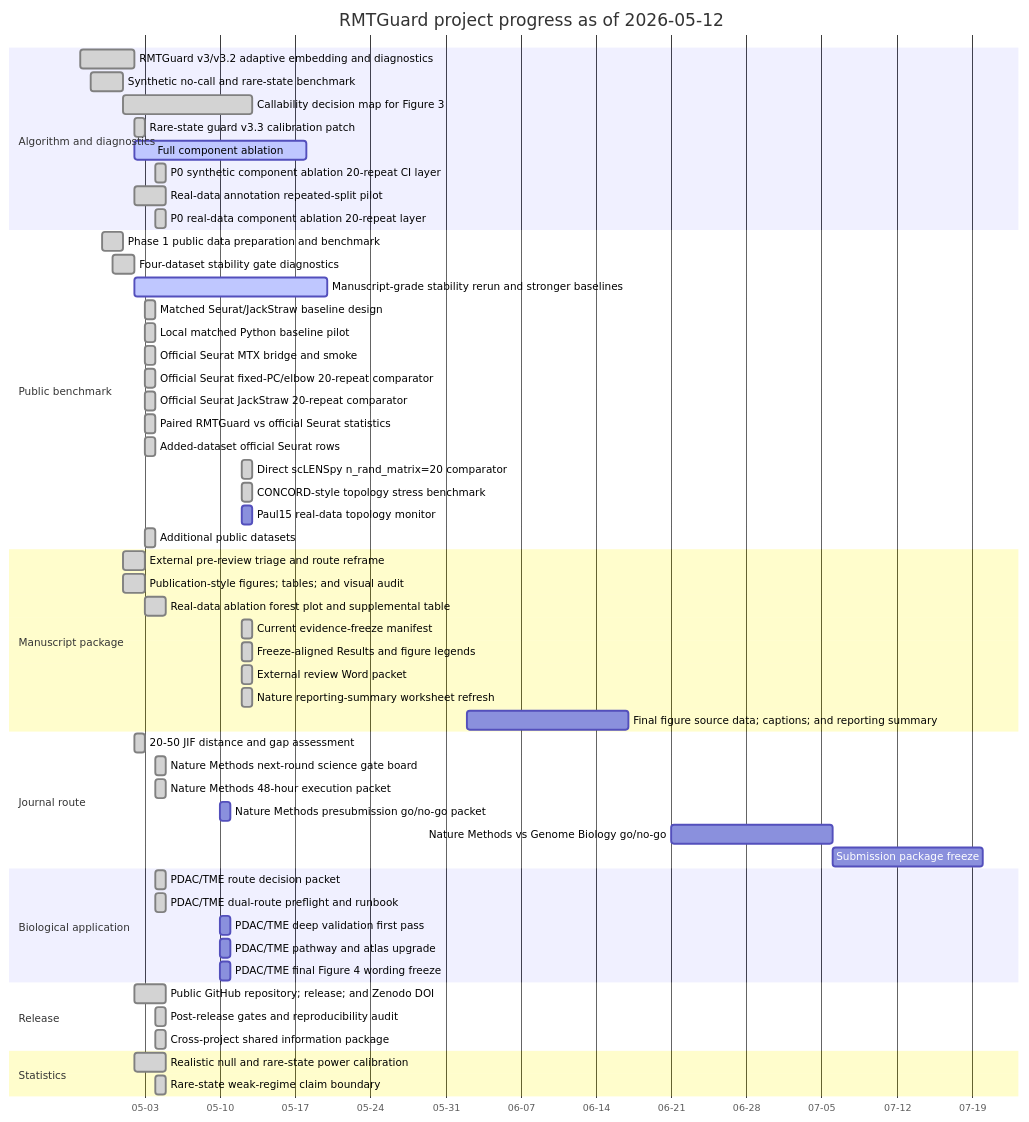
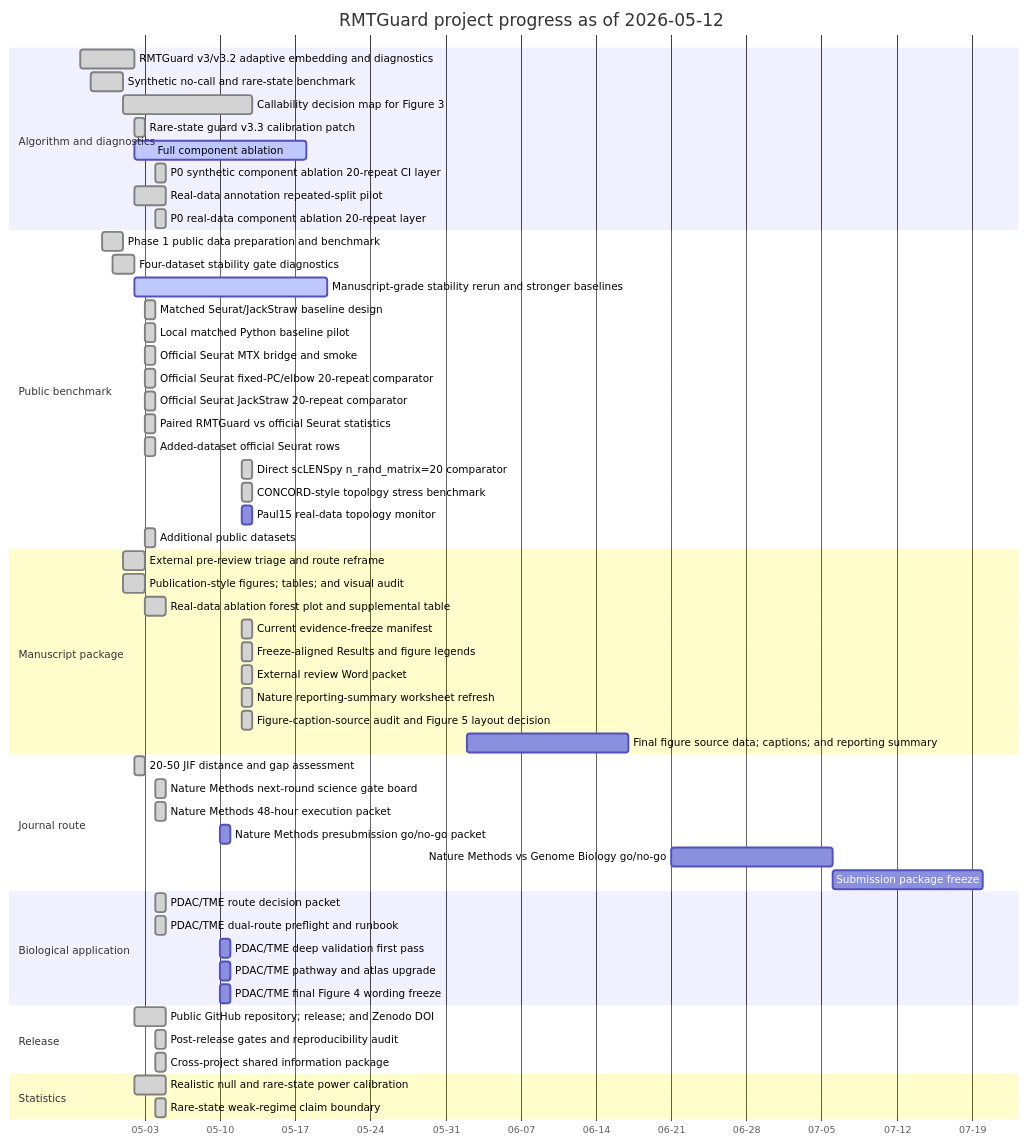
One commit to healthgreat/rmtguard changed the diagram in results/project_management/rmtguard_project_gantt.md. Above: the diagram before and after it, drawn with Mermaid. The commit also changed other lines of this file and 20 other files, not shown here.

Commit message:
Add figure caption source audit

````diff
--- a/results/project_management/rmtguard_project_gantt.md
+++ b/results/project_management/rmtguard_project_gantt.md
@@ -13,59 +13,60 @@
 ```mermaid
 gantt
     title RMTGuard project progress as of 2026-05-12
     dateFormat  YYYY-MM-DD
     axisFormat  %m-%d
     section Algorithm and diagnostics
     RMTGuard v3/v3.2 adaptive embedding and diagnostics :done, T01, 2026-04-27, 5d
     Synthetic no-call and rare-state benchmark :done, T02, 2026-04-28, 3d
     Callability decision map for Figure 3 :done, T03, 2026-05-01, 12d
     Rare-state guard v3.3 calibration patch :done, T04, 2026-05-02, 1d
     Full component ablation :active, T18, 2026-05-02, 16d
     P0 synthetic component ablation 20-repeat CI layer :done, T19, 2026-05-04, 1d
     Real-data annotation repeated-split pilot :done, T20, 2026-05-02, 3d
     P0 real-data component ablation 20-repeat layer :done, T21, 2026-05-04, 1d
     section Public benchmark
     Phase 1 public data preparation and benchmark :done, T05, 2026-04-29, 2d
     Four-dataset stability gate diagnostics :done, T06, 2026-04-30, 2d
     Manuscript-grade stability rerun and stronger baselines :active, T17, 2026-05-02, 18d
-    Matched Seurat/JackStraw baseline design :done, T27, 2026-05-03, 1d
-    Local matched Python baseline pilot :done, T28, 2026-05-03, 1d
-    Official Seurat MTX bridge and smoke :done, T29, 2026-05-03, 1d
-    Official Seurat fixed-PC/elbow 20-repeat comparator :done, T30, 2026-05-03, 1d
-    Official Seurat JackStraw 20-repeat comparator :done, T31, 2026-05-03, 1d
-    Paired RMTGuard vs official Seurat statistics :done, T32, 2026-05-03, 1d
-    Added-dataset official Seurat rows :done, T33, 2026-05-03, 1d
-    Direct scLENSpy n_rand_matrix=20 comparator :done, T34, 2026-05-12, 1d
-    CONCORD-style topology stress benchmark :done, T35, 2026-05-12, 1d
-    Paul15 real-data topology monitor :T36, 2026-05-12, 1d
-    Additional public datasets :done, T40, 2026-05-03, 1d
+    Matched Seurat/JackStraw baseline design :done, T28, 2026-05-03, 1d
+    Local matched Python baseline pilot :done, T29, 2026-05-03, 1d
+    Official Seurat MTX bridge and smoke :done, T30, 2026-05-03, 1d
+    Official Seurat fixed-PC/elbow 20-repeat comparator :done, T31, 2026-05-03, 1d
+    Official Seurat JackStraw 20-repeat comparator :done, T32, 2026-05-03, 1d
+    Paired RMTGuard vs official Seurat statistics :done, T33, 2026-05-03, 1d
+    Added-dataset official Seurat rows :done, T34, 2026-05-03, 1d
+    Direct scLENSpy n_rand_matrix=20 comparator :done, T35, 2026-05-12, 1d
+    CONCORD-style topology stress benchmark :done, T36, 2026-05-12, 1d
+    Paul15 real-data topology monitor :T37, 2026-05-12, 1d
+    Additional public datasets :done, T41, 2026-05-03, 1d
     section Manuscript package
     External pre-review triage and route reframe :done, T07, 2026-05-01, 2d
     Publication-style figures; tables; and visual audit :done, T08, 2026-05-01, 2d
     Real-data ablation forest plot and supplemental table :done, T22, 2026-05-03, 2d
     Current evidence-freeze manifest :done, T23, 2026-05-12, 1d
     Freeze-aligned Results and figure legends :done, T24, 2026-05-12, 1d
     External review Word packet :done, T25, 2026-05-12, 1d
     Nature reporting-summary worksheet refresh :done, T26, 2026-05-12, 1d
-    Final figure source data; captions; and reporting summary :T41, 2026-06-02, 15d
+    Figure-caption-source audit and Figure 5 layout decision :done, T27, 2026-05-12, 1d
+    Final figure source data; captions; and reporting summary :T42, 2026-06-02, 15d
     section Journal route
     20-50 JIF distance and gap assessment :done, T09, 2026-05-02, 1d
     Nature Methods next-round science gate board :done, T10, 2026-05-04, 1d
     Nature Methods 48-hour execution packet :done, T11, 2026-05-04, 1d
-    Nature Methods presubmission go/no-go packet :T44, 2026-05-10, 1d
-    Nature Methods vs Genome Biology go/no-go :T45, 2026-06-21, 15d
-    Submission package freeze :T46, 2026-07-06, 14d
+    Nature Methods presubmission go/no-go packet :T45, 2026-05-10, 1d
+    Nature Methods vs Genome Biology go/no-go :T46, 2026-06-21, 15d
+    Submission package freeze :T47, 2026-07-06, 14d
     section Biological application
     PDAC/TME route decision packet :done, T12, 2026-05-04, 1d
     PDAC/TME dual-route preflight and runbook :done, T13, 2026-05-04, 1d
-    PDAC/TME deep validation first pass :T37, 2026-05-10, 1d
-    PDAC/TME pathway and atlas upgrade :T38, 2026-05-10, 1d
-    PDAC/TME final Figure 4 wording freeze :T39, 2026-05-10, 1d
+    PDAC/TME deep validation first pass :T38, 2026-05-10, 1d
+    PDAC/TME pathway and atlas upgrade :T39, 2026-05-10, 1d
+    PDAC/TME final Figure 4 wording freeze :T40, 2026-05-10, 1d
     section Release
     Public GitHub repository; release; and Zenodo DOI :done, T14, 2026-05-02, 3d
-    Post-release gates and reproducibility audit :done, T42, 2026-05-04, 1d
-    Cross-project shared information package :done, T43, 2026-05-04, 1d
+    Post-release gates and reproducibility audit :done, T43, 2026-05-04, 1d
+    Cross-project shared information package :done, T44, 2026-05-04, 1d
     section Statistics
     Realistic null and rare-state power calibration :done, T15, 2026-05-02, 3d
     Rare-state weak-regime claim boundary :done, T16, 2026-05-04, 1d
 ```
````
